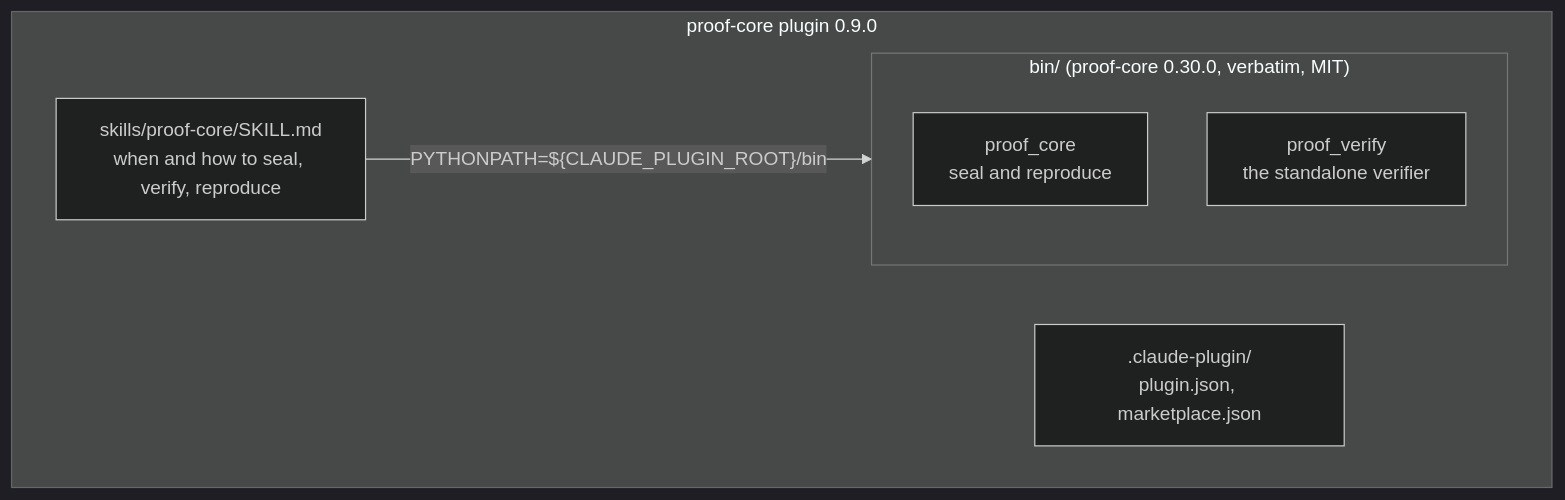
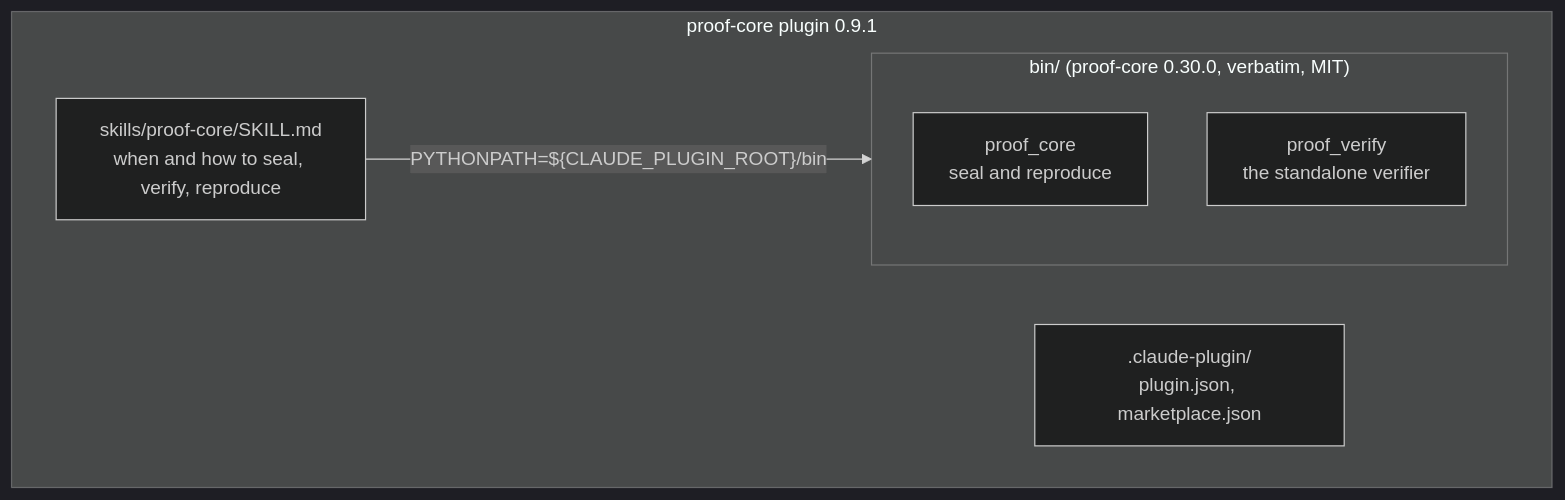
The second of 3 diagrams in README.md (SMRFORGE/proof-core), drawn with Mermaid (dark theme) before and after one commit. The commit also changed other lines of this file and 3 other files, not shown here.

````diff
--- a/README.md
+++ b/README.md
@@ -90,12 +90,12 @@
 ```mermaid
 flowchart TB
-    subgraph plugin["proof-core plugin 0.9.0"]
+    subgraph plugin["proof-core plugin 0.9.1"]
         MAN[".claude-plugin/<br/>plugin.json, marketplace.json"]
         SKILL["skills/proof-core/SKILL.md<br/>when and how to seal, verify, reproduce"]
         subgraph bin["bin/ (proof-core 0.30.0, verbatim, MIT)"]
             PC["proof_core<br/>seal and reproduce"]
             PV["proof_verify<br/>the standalone verifier"]
         end
     end
     SKILL -->|"PYTHONPATH=${CLAUDE_PLUGIN_ROOT}/bin"| bin
 ```
````
